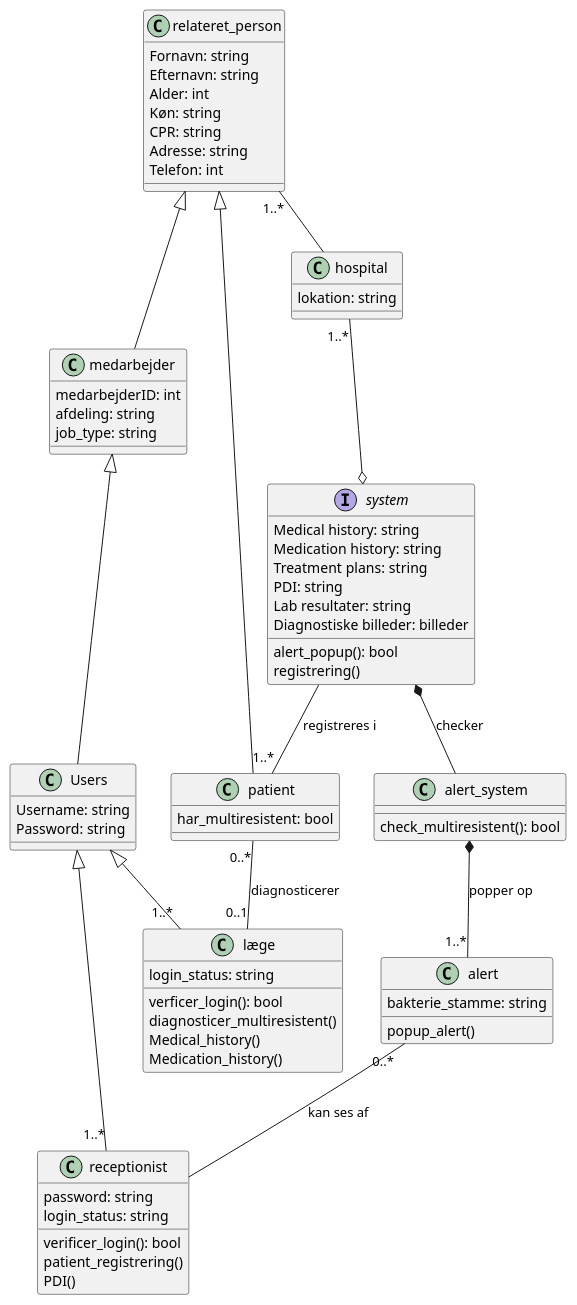
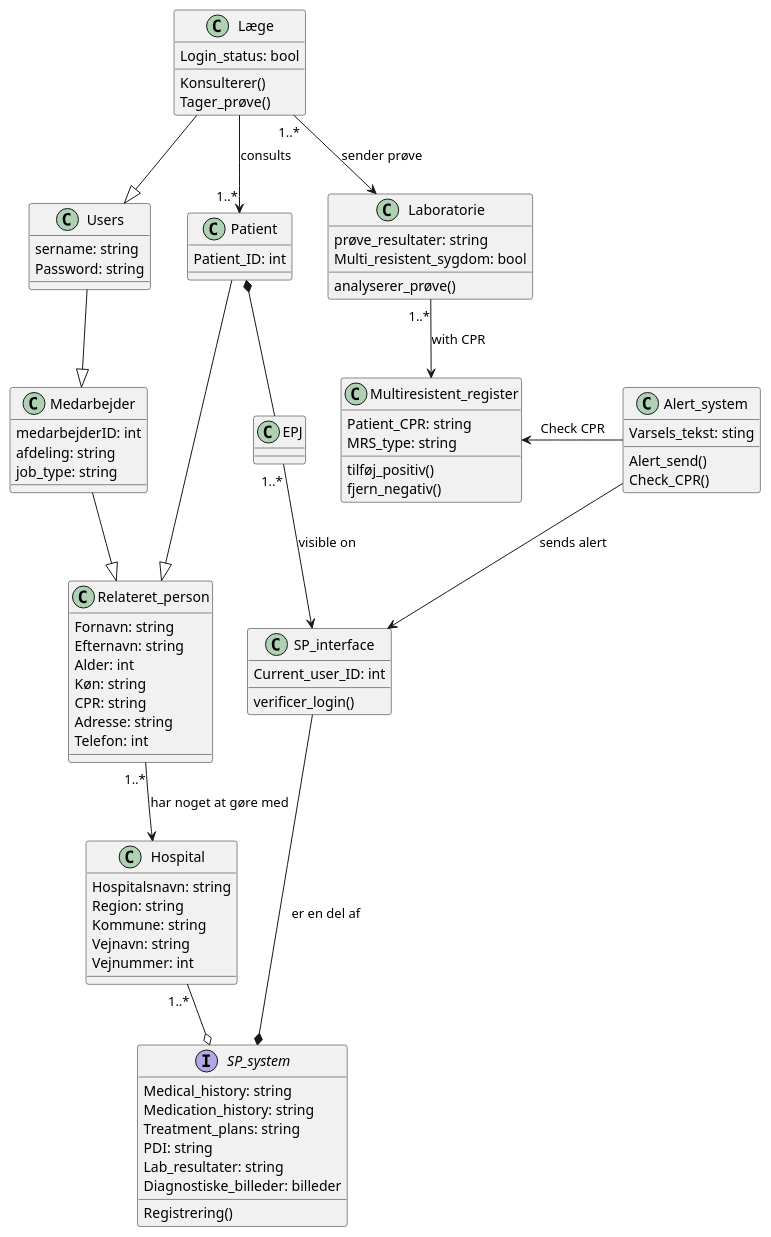
One commit to kimlandgrebe1/404-error changed the diagram in Updated_Class_Diagram.puml. Above: the diagram before and after it, drawn with PlantUML.

```diff
--- a/Updated_Class_Diagram.puml
+++ b/Updated_Class_Diagram.puml
@@ -2,81 +1,97 @@
 @startuml
+top to bottom direction
 
-interface system{
-Medical history: string
-Medication history: string
-Treatment plans: string
+interface SP_system {
+Medical_history: string
+Medication_history: string
+Treatment_plans: string
 PDI: string
-Lab resultater: string
-Diagnostiske billeder: billeder
-alert_popup(): bool
-registrering()
+Lab_resultater: string
+Diagnostiske_billeder: billeder
+Registrering()
 }
 
-relateret_person "1..*" -- hospital
-relateret_person <|- patient
-relateret_person <|-- medarbejder
-hospital "1..*" --o system
-Users <|-- "1..*" receptionist
-alert_system *-- "1..*" alert : popper op
-system *-- alert_system : checker
-system -- "1..*" patient : registreres i
-alert "0..*" -- receptionist : kan ses af
-Users <|-- "1..*" læge
-patient "0..*" -- "0..1"  læge : diagnosticerer
-medarbejder <|- Users
+class Hospital {
+Hospitalsnavn: string
+Region: string
+Kommune: string
+Vejnavn: string
+Vejnummer: int
+}
 
-class relateret_person{
+class Relateret_person {
 Fornavn: string
 Efternavn: string
 Alder: int
 Køn: string
 CPR: string
 Adresse: string
 Telefon: int
 }
 
-class læge{
-login_status: string
-verficer_login(): bool
-diagnosticer_multiresistent()
-Medical_history()
-Medication_history()
-}
-
-class Users{
-Username: string
-Password: string
-}
-
-class hospital{
-lokation: string
-}
-
-class alert{
-bakterie_stamme: string
-popup_alert()
-}
-
-class alert_system{
-check_multiresistent(): bool
-}
-
-class medarbejder{
+class Medarbejder {
 medarbejderID: int
 afdeling: string
 job_type: string
 }
 
-class patient{
-har_multiresistent: bool
+class Patient {
+Patient_ID: int
 }
 
-class receptionist{
-password: string
-login_status: string
-verificer_login(): bool
-patient_registrering()
-PDI()
+class Users {
+sername: string
+Password: string
 }
 
+class Læge {
+Login_status: bool
+Konsulterer()
+Tager_prøve()
+}
+
+class Laboratorie {
+prøve_resultater: string
+Multi_resistent_sygdom: bool
+analyserer_prøve()
+}
+
+class Multiresistent_register {
+Patient_CPR: string
+MRS_type: string
+tilføj_positiv()
+fjern_negativ()
+}
+
+class SP_interface {
+Current_user_ID: int
+verificer_login()
+}
+
+class Alert_system {
+Varsels_tekst: sting
+Alert_send()
+Check_CPR()
+}
+
+class EPJ {
+}
+
+Hospital "1..*" --o SP_system
+Relateret_person "1..*" --> Hospital: har noget at gøre med
+Medarbejder --|> Relateret_person
+Patient --|> Relateret_person
+Users --|> Medarbejder
+Læge --|> Users
+Læge --> "1..*" Patient: consults
+Læge "1..*" --> Laboratorie: sender prøve
+Laboratorie "1..*" --> Multiresistent_register: with CPR
+SP_interface --* SP_system: er en del af
+Alert_system --> SP_interface: sends alert
+Multiresistent_register <- Alert_system: Check CPR
+Patient *-- EPJ
+EPJ "1..*" --> SP_interface: visible on
+
+
+
 @enduml
```
